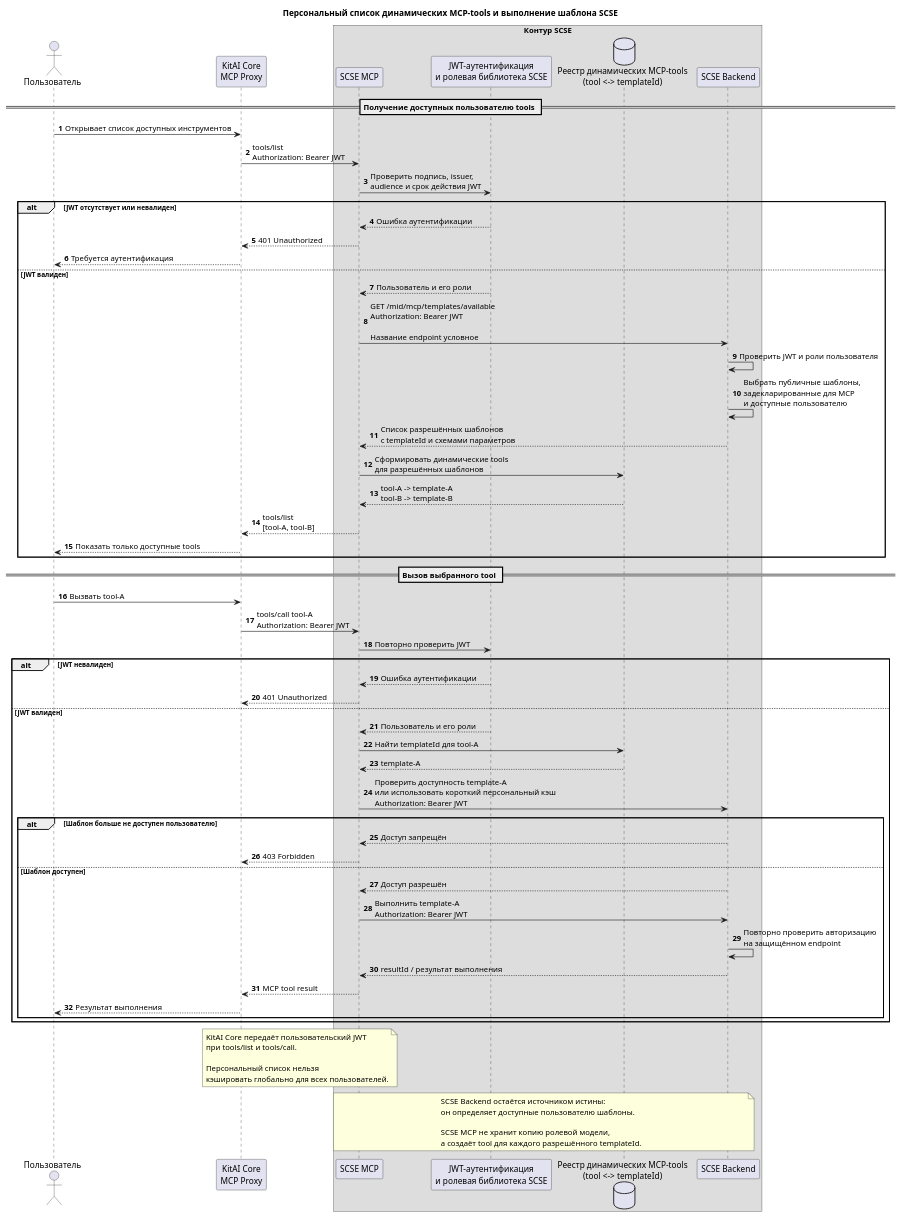
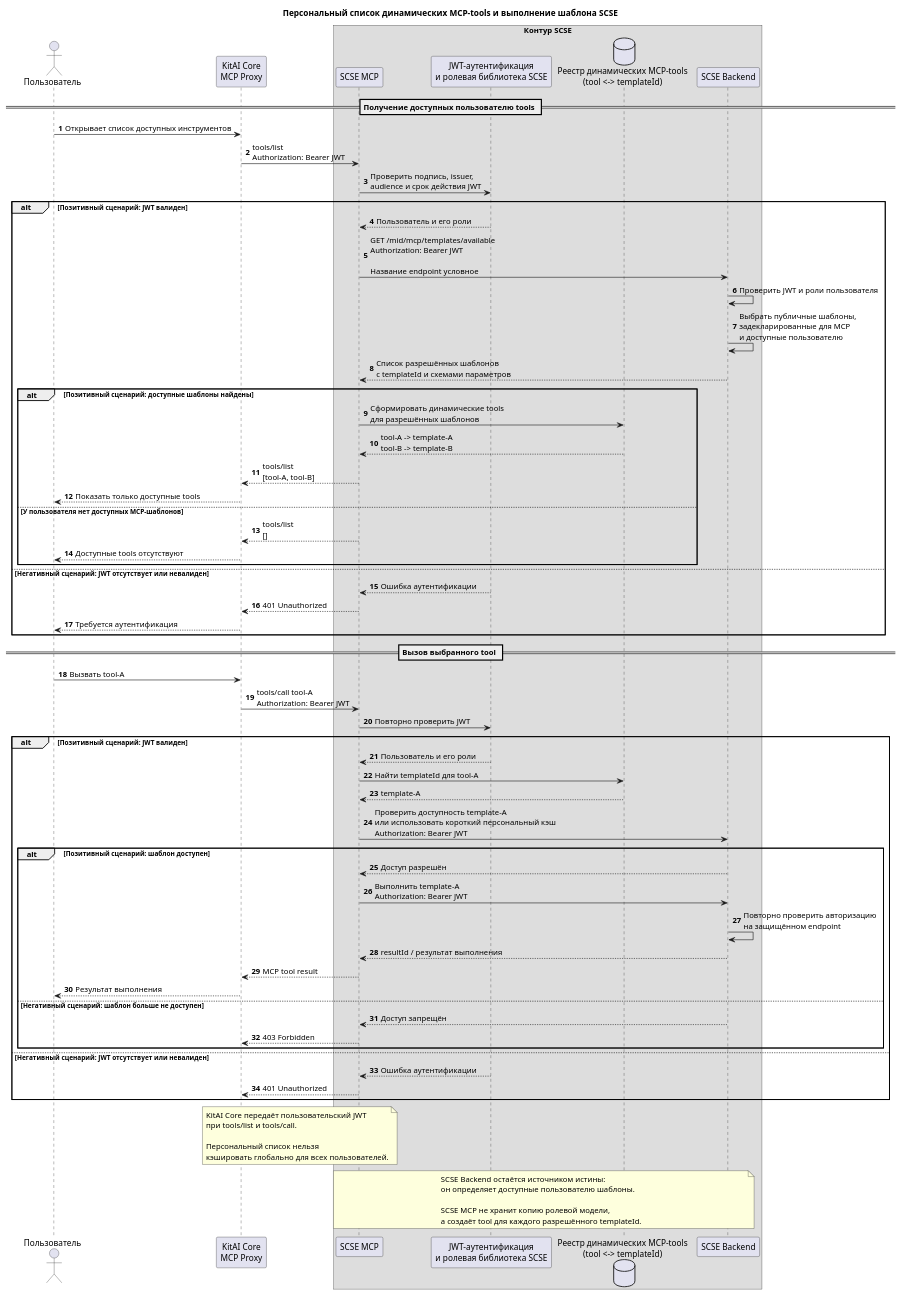
The diagram in docs/kitai-scse-dynamic-tools.puml (VeronikaOxyt/search-service-mcp), drawn with PlantUML before and after one commit.

Commit message:
Add positive dynamic tool scenarios

```diff
--- a/docs/kitai-scse-dynamic-tools.puml
+++ b/docs/kitai-scse-dynamic-tools.puml
@@ -1,101 +1,105 @@
 @startuml
 title Персональный список динамических MCP-tools и выполнение шаблона SCSE
 
 autonumber
 
 actor "Пользователь" as User
 participant "KitAI Core\nMCP Proxy" as Core
 
 box "Контур SCSE"
     participant "SCSE MCP" as MCP
     participant "JWT-аутентификация\nи ролевая библиотека SCSE" as Auth
     database "Реестр динамических MCP-tools\n(tool <-> templateId)" as Registry
     participant "SCSE Backend" as Backend
 end box
 
 == Получение доступных пользователю tools ==
 
 User -> Core : Открывает список доступных инструментов
 
 Core -> MCP : tools/list\nAuthorization: Bearer JWT
 
 MCP -> Auth : Проверить подпись, issuer,\naudience и срок действия JWT
 
-alt JWT отсутствует или невалиден
-    Auth --> MCP : Ошибка аутентификации
-    MCP --> Core : 401 Unauthorized
-    Core --> User : Требуется аутентификация
-
-else JWT валиден
+alt Позитивный сценарий: JWT валиден
     Auth --> MCP : Пользователь и его роли
 
     MCP -> Backend : GET /mid/mcp/templates/available\nAuthorization: Bearer JWT\n\nНазвание endpoint условное
 
     Backend -> Backend : Проверить JWT и роли пользователя
     Backend -> Backend : Выбрать публичные шаблоны,\nзадекларированные для MCP\nи доступные пользователю
 
     Backend --> MCP : Список разрешённых шаблонов\nс templateId и схемами параметров
 
-    MCP -> Registry : Сформировать динамические tools\nдля разрешённых шаблонов
+    alt Позитивный сценарий: доступные шаблоны найдены
+        MCP -> Registry : Сформировать динамические tools\nдля разрешённых шаблонов
 
-    Registry --> MCP : tool-A -> template-A\ntool-B -> template-B
+        Registry --> MCP : tool-A -> template-A\ntool-B -> template-B
 
-    MCP --> Core : tools/list\n[tool-A, tool-B]
+        MCP --> Core : tools/list\n[tool-A, tool-B]
 
-    Core --> User : Показать только доступные tools
+        Core --> User : Показать только доступные tools
+    else У пользователя нет доступных MCP-шаблонов
+        MCP --> Core : tools/list\n[]
+        Core --> User : Доступные tools отсутствуют
+    end
+
+else Негативный сценарий: JWT отсутствует или невалиден
+    Auth --> MCP : Ошибка аутентификации
+    MCP --> Core : 401 Unauthorized
+    Core --> User : Требуется аутентификация
 end
 
 == Вызов выбранного tool ==
 
 User -> Core : Вызвать tool-A
 
 Core -> MCP : tools/call tool-A\nAuthorization: Bearer JWT
 
 MCP -> Auth : Повторно проверить JWT
 
-alt JWT невалиден
-    Auth --> MCP : Ошибка аутентификации
-    MCP --> Core : 401 Unauthorized
-
-else JWT валиден
+alt Позитивный сценарий: JWT валиден
     Auth --> MCP : Пользователь и его роли
 
     MCP -> Registry : Найти templateId для tool-A
     Registry --> MCP : template-A
 
     MCP -> Backend : Проверить доступность template-A\nили использовать короткий персональный кэш\nAuthorization: Bearer JWT
 
-    alt Шаблон больше не доступен пользователю
-        Backend --> MCP : Доступ запрещён
-        MCP --> Core : 403 Forbidden
-
-    else Шаблон доступен
+    alt Позитивный сценарий: шаблон доступен
         Backend --> MCP : Доступ разрешён
 
         MCP -> Backend : Выполнить template-A\nAuthorization: Bearer JWT
 
         Backend -> Backend : Повторно проверить авторизацию\nна защищённом endpoint
         Backend --> MCP : resultId / результат выполнения
 
         MCP --> Core : MCP tool result
         Core --> User : Результат выполнения
+    else Негативный сценарий: шаблон больше не доступен
+        Backend --> MCP : Доступ запрещён
+        MCP --> Core : 403 Forbidden
     end
+
+else Негативный сценарий: JWT отсутствует или невалиден
+    Auth --> MCP : Ошибка аутентификации
+    MCP --> Core : 401 Unauthorized
 end
 
 note over Core,MCP
 KitAI Core передаёт пользовательский JWT
 при tools/list и tools/call.
 
 Персональный список нельзя
 кэшировать глобально для всех пользователей.
 end note
 
 note over MCP,Backend
 SCSE Backend остаётся источником истины:
 он определяет доступные пользователю шаблоны.
 
 SCSE MCP не хранит копию ролевой модели,
 а создаёт tool для каждого разрешённого templateId.
 end note
 
 @enduml
```
